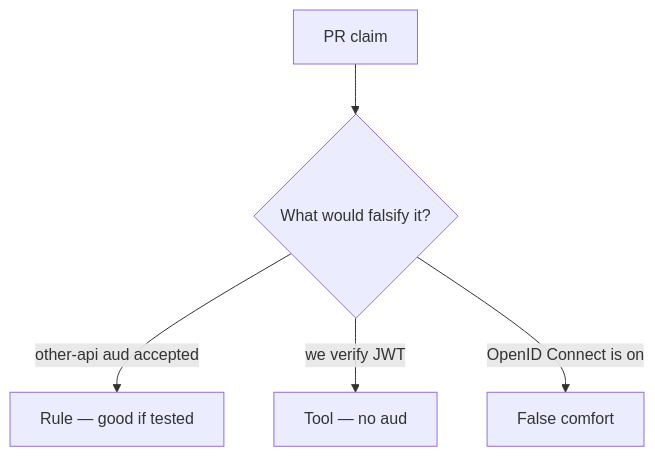
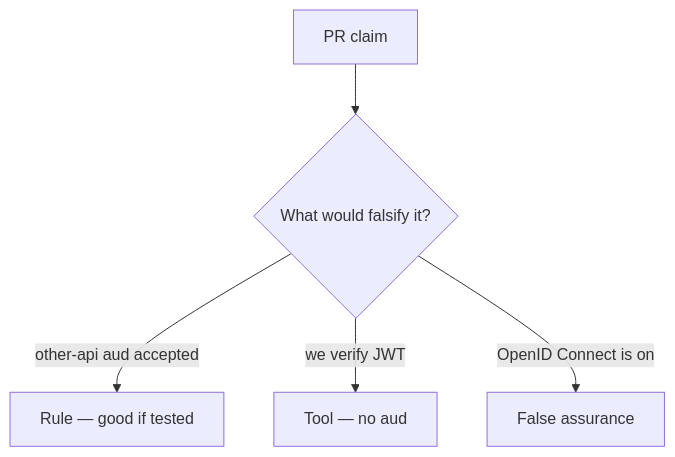
The diagram in content/modules/4/4.5/lessons/08-review.md (ishitvagoel/LearnSecurity), drawn with Mermaid before and after one commit. The commit also changed other lines of this file and 240 other files, not shown here.

````diff
--- a/content/modules/4/4.5/lessons/08-review.md
+++ b/content/modules/4/4.5/lessons/08-review.md
@@ -18,7 +18,7 @@
 ```mermaid
 flowchart TD
   Claim[PR claim] --> Q{"What would falsify it?"}
   Q -->|"other-api aud accepted"| Property["Rule — good if tested"]
   Q -->|"we verify JWT"| Mechanism[Tool — no aud]
-  Q -->|"OpenID Connect is on"| False[False comfort]
+  Q -->|"OpenID Connect is on"| False[False assurance]
 ```
````
